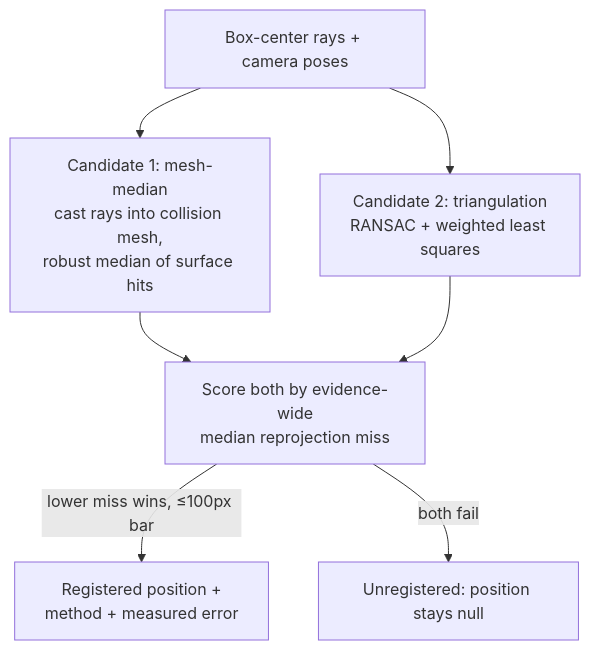
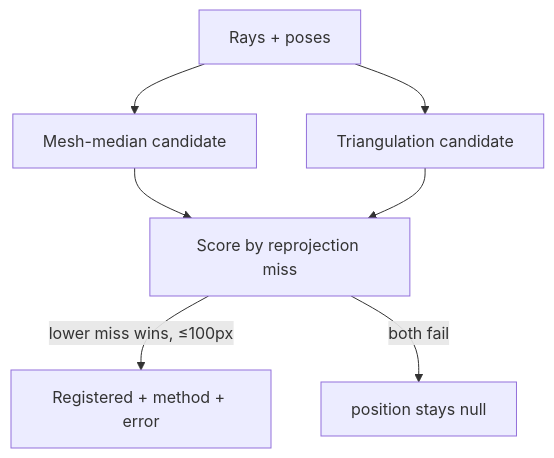
The second of 2 diagrams in README.md (the-first-elder/Pixa), drawn with Mermaid before and after one commit. The commit also changed other lines of this file, not shown here.

````diff
--- a/README.md
+++ b/README.md
@@ -87,9 +74,9 @@
 ```mermaid
 flowchart TD
-    R[Box-center rays + camera poses] --> M[Candidate 1: mesh-median<br/>cast rays into collision mesh,<br/>robust median of surface hits]
-    R --> T[Candidate 2: triangulation<br/>RANSAC + weighted least squares]
-    M --> S[Score both by evidence-wide<br/>median reprojection miss]
+    R[Rays + poses] --> M[Mesh-median candidate]
+    R --> T[Triangulation candidate]
+    M --> S[Score by reprojection miss]
     T --> S
-    S -->|lower miss wins, ≤100px bar| P[Registered position +<br/>method + measured error]
-    S -->|both fail| U[Unregistered: position stays null]
+    S -->|lower miss wins, ≤100px| P[Registered + method + error]
+    S -->|both fail| U[position stays null]
 ```
````
